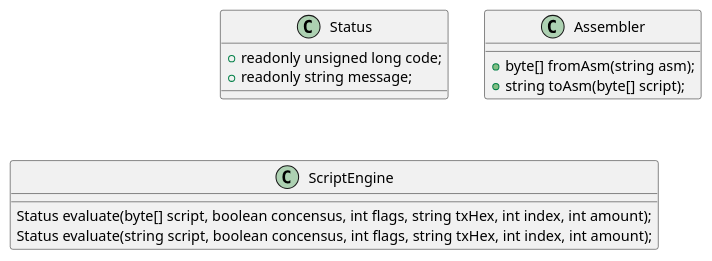
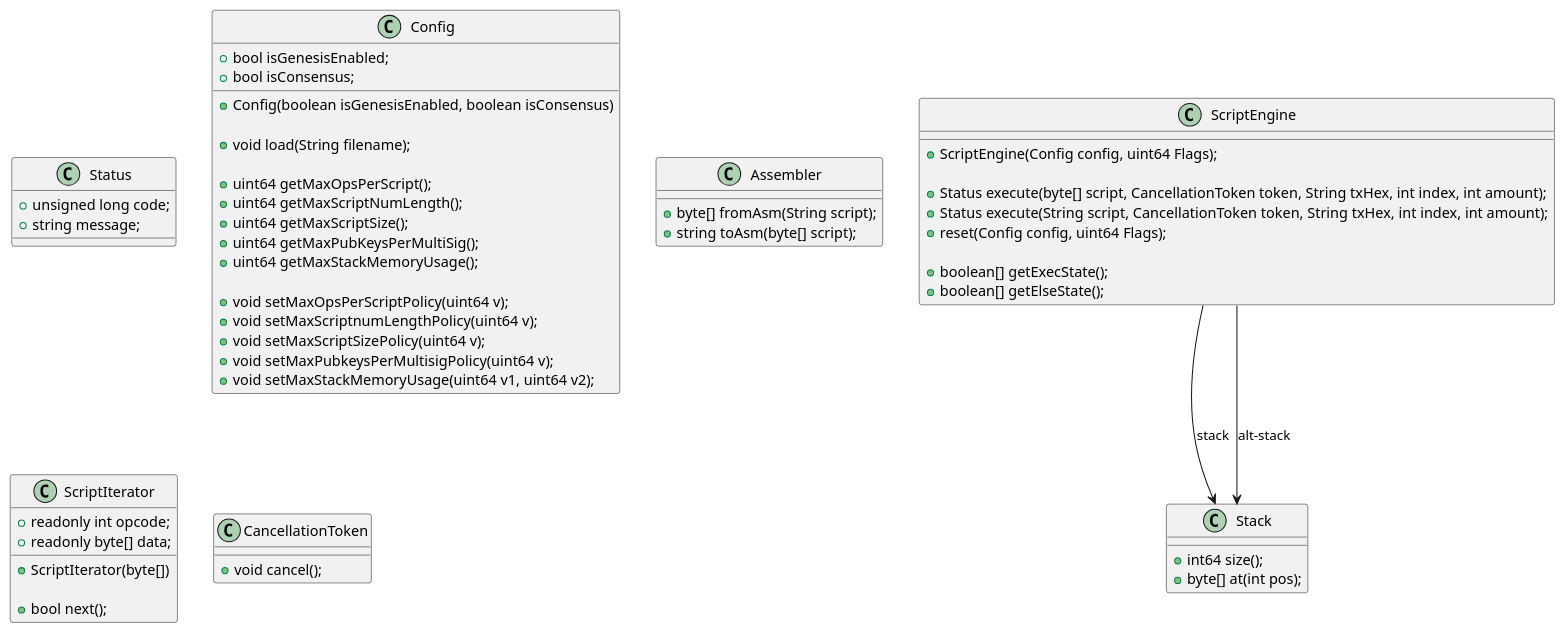
The diagram in documentation/docs/ObjectModel.md (bitcoin-sv/bdk), drawn with PlantUML before and after one commit. The commit also changed other lines of this file and 74 other files, not shown here.

````diff
--- a/documentation/docs/ObjectModel.md
+++ b/documentation/docs/ObjectModel.md
@@ -9,21 +5,63 @@
-```plantuml
 @startuml
 class Status 
 { 
-	+readonly unsigned long code;
-	+readonly string message;
+	+unsigned long code;
+	+string message;
 }
+class Config 
+{
+	+Config(boolean isGenesisEnabled, boolean isConsensus)
 
+    +void load(String filename);
+
+    +uint64 getMaxOpsPerScript();
+    +uint64 getMaxScriptNumLength();
+    +uint64 getMaxScriptSize();
+    +uint64 getMaxPubKeysPerMultiSig();
+    +uint64 getMaxStackMemoryUsage();
+
+    +void setMaxOpsPerScriptPolicy(uint64 v);
+    +void setMaxScriptnumLengthPolicy(uint64 v);
+    +void setMaxScriptSizePolicy(uint64 v);
+    +void setMaxPubkeysPerMultisigPolicy(uint64 v);
+    +void setMaxStackMemoryUsage(uint64 v1, uint64 v2);
+
+    +bool isGenesisEnabled;
+    +bool isConsensus;
+}
 class Assembler
 {
-	+byte[] fromAsm(string asm);
-	+string toAsm(byte[] script);
+    +byte[] fromAsm(String script);
+    +string toAsm(byte[] script);
 }
-
+class ScriptIterator
+{
+	+ScriptIterator(byte[])
+	
+	+bool next();
+	+readonly int opcode;
+	+readonly byte[] data;
+}
+class CancellationToken
+{
+	+void cancel();
+}
+class Stack
+{
+    +int64 size();
+    +byte[] at(int pos);
+}
 class ScriptEngine 
 {
-    Status evaluate(byte[] script, boolean concensus, int flags, string txHex, int index, int amount);
-    Status evaluate(string script, boolean concensus, int flags, string txHex, int index, int amount);
+	+ScriptEngine(Config config, uint64 Flags);
+	
+	+Status execute(byte[] script, CancellationToken token, String txHex, int index, int amount);
+    +Status execute(String script, CancellationToken token, String txHex, int index, int amount);
+	+reset(Config config, uint64 Flags);
+	
+	+boolean[] getExecState();
+	+boolean[] getElseState();
 }
+ScriptEngine --> Stack : stack
+ScriptEngine --> Stack : alt-stack
 @enduml
-```
````
